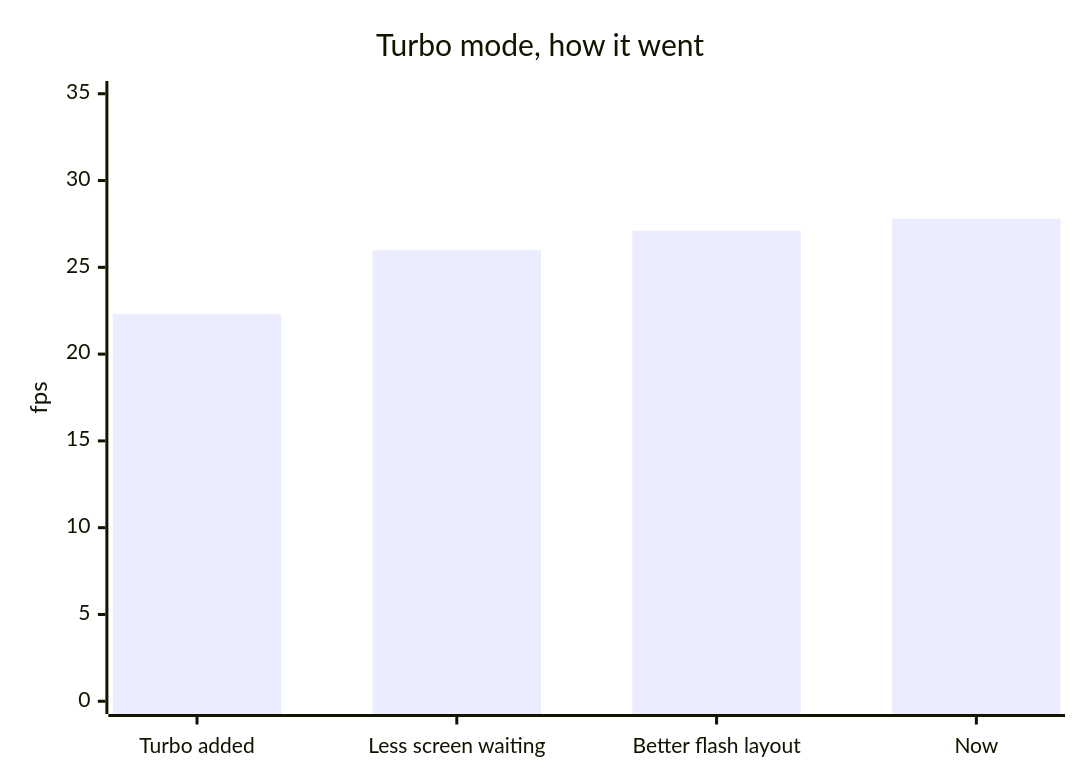
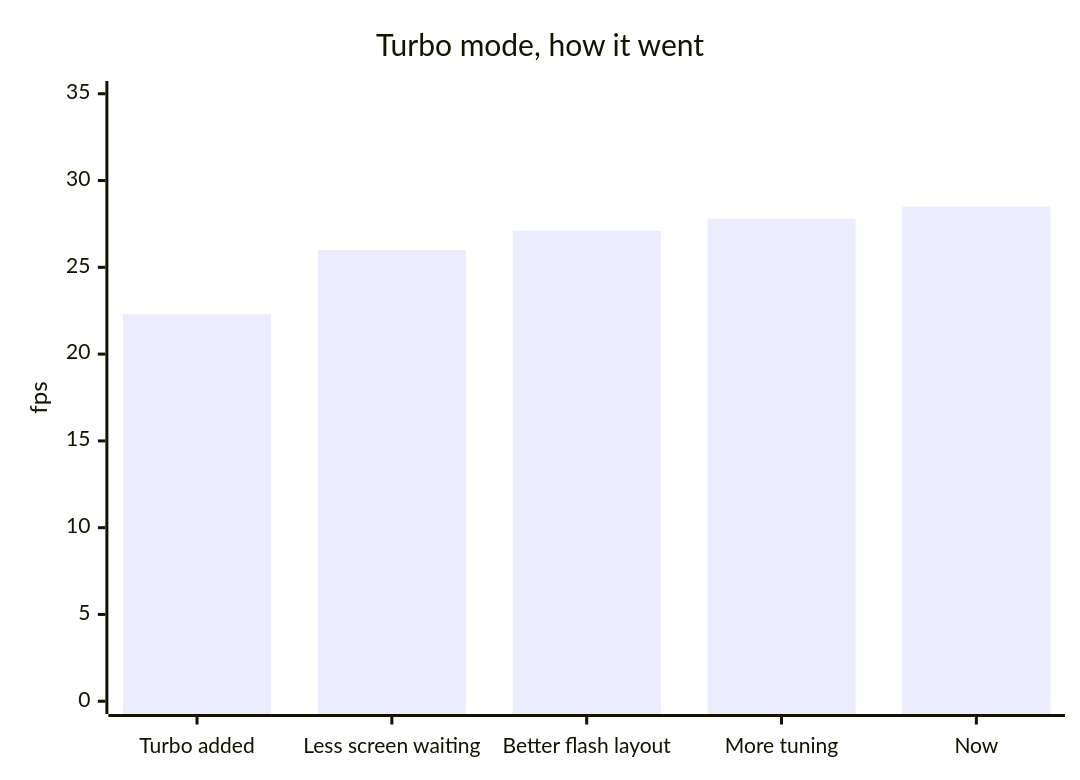
One commit to Dee-1862/quake-rp2040 changed the second of 5 diagrams in README.md. Above: the diagram before and after it, drawn with Mermaid. The commit also changed other lines of this file and 2 other files, not shown here.

First line of the commit message:
Record the Turbo result of the shared drawing code

````diff
--- a/README.md
+++ b/README.md
@@ -41,7 +41,7 @@
 ```mermaid
 xychart-beta
   title "Turbo mode, how it went"
-  x-axis ["Turbo added", "Less screen waiting", "Better flash layout", "Now"]
+  x-axis ["Turbo added", "Less screen waiting", "Better flash layout", "More tuning", "Now"]
   y-axis "fps" 0 --> 35
-  bar [22.3, 26.0, 27.1, 27.8]
+  bar [22.3, 26.0, 27.1, 27.8, 28.5]
 ```
````
